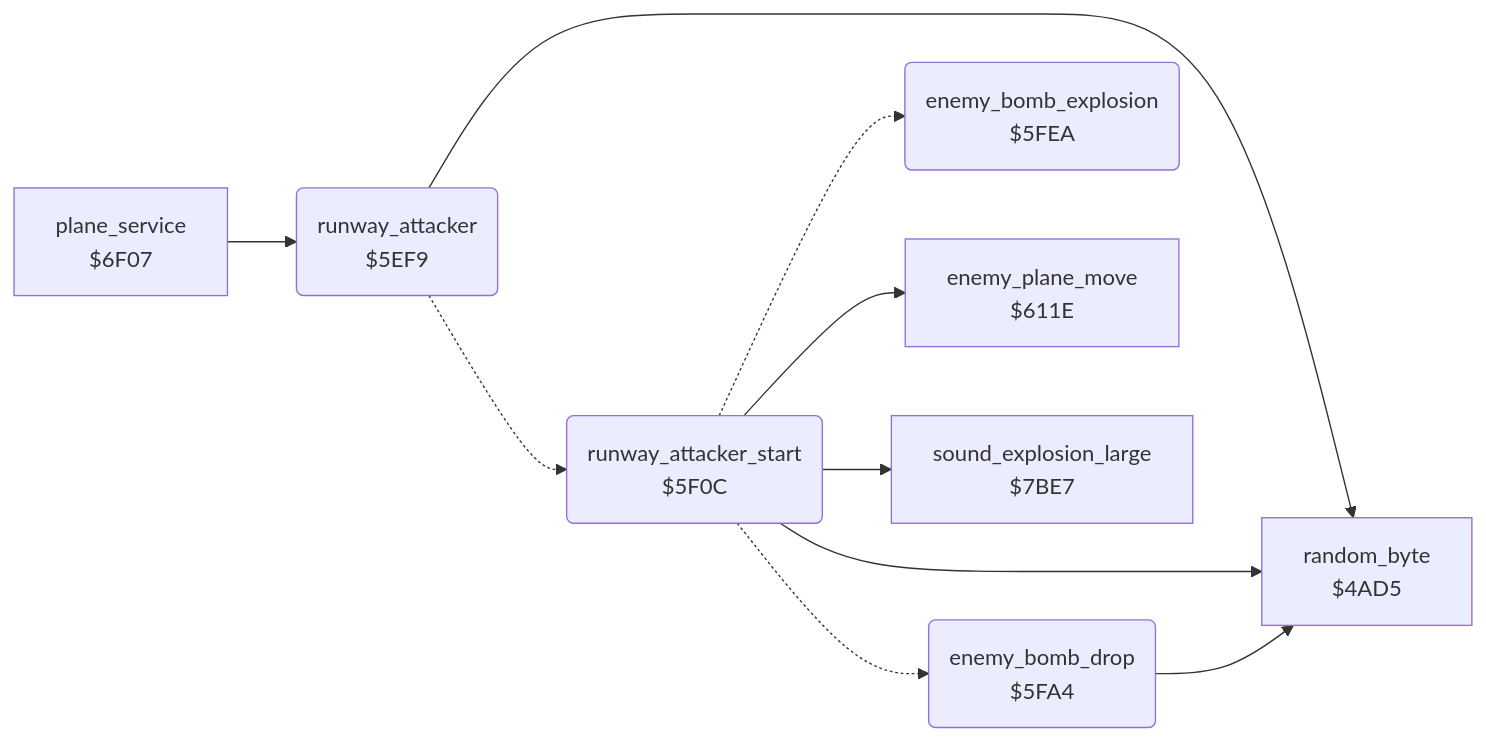
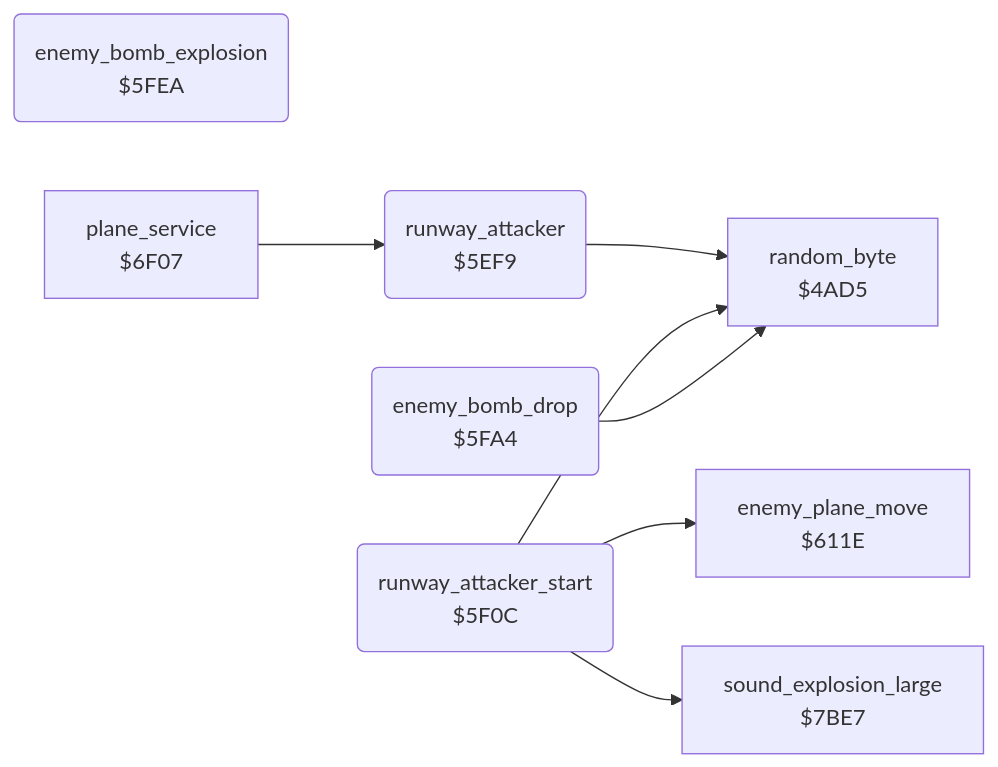
One commit to henols/c64_games changed the diagram in blue_max/docs/reference/modules/enemy/runway_attacker.md. Above: the diagram before and after it, drawn with Mermaid. The commit also changed other lines of this file and 1100 other files, not shown here.

````diff
--- a/blue_max/docs/reference/modules/enemy/runway_attacker.md
+++ b/blue_max/docs/reference/modules/enemy/runway_attacker.md
@@ -10,20 +19,17 @@
 ```mermaid
 flowchart LR
   n4ad5["random_byte<br/>$4AD5"]
   n5ef9("runway_attacker<br/>$5EF9")
   n5f0c("runway_attacker_start<br/>$5F0C")
   n5fa4("enemy_bomb_drop<br/>$5FA4")
   n5fea("enemy_bomb_explosion<br/>$5FEA")
   n611e["enemy_plane_move<br/>$611E"]
   n6f07["plane_service<br/>$6F07"]
   n7be7["sound_explosion_large<br/>$7BE7"]
   n5ef9 --> n4ad5
-  n5ef9 -.-> n5f0c
   n5f0c --> n4ad5
-  n5f0c -.-> n5fa4
-  n5f0c -.-> n5fea
   n5f0c --> n611e
   n5f0c --> n7be7
   n5fa4 --> n4ad5
   n6f07 --> n5ef9
 ```
````
